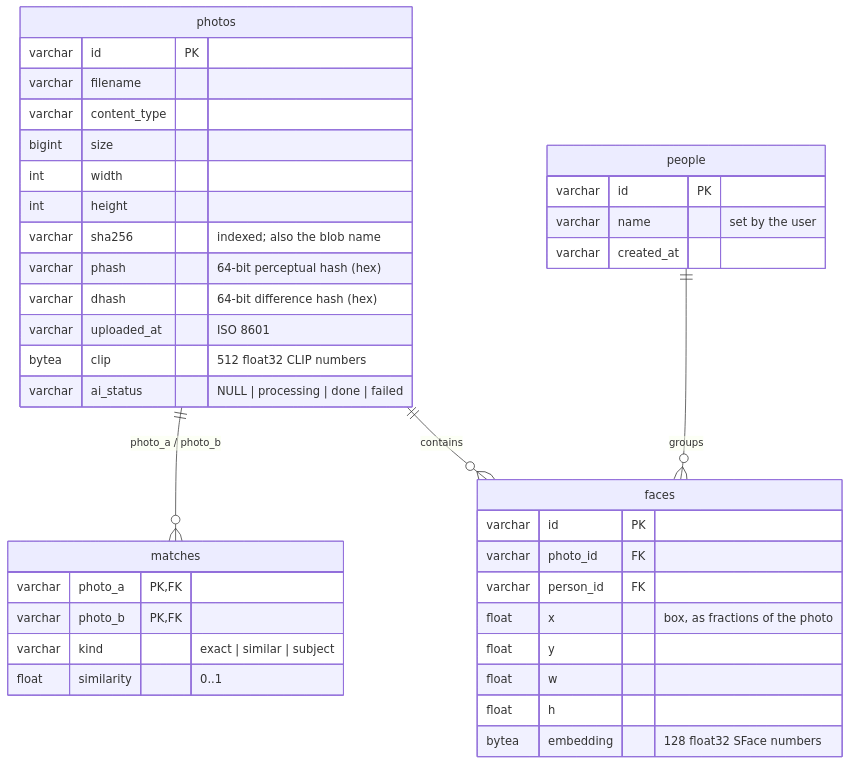
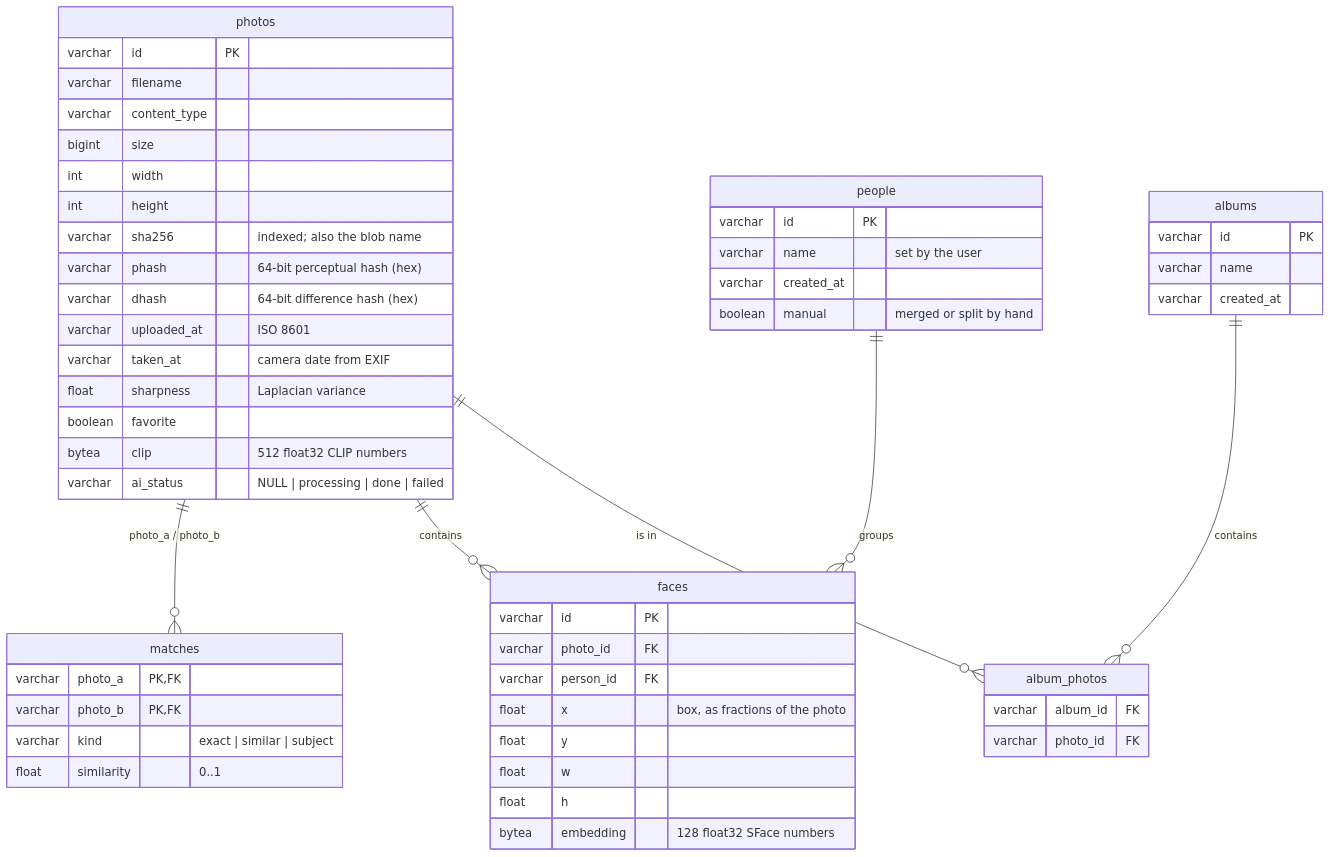
Before and after one commit to Arnav-Dugad/imagevault-ai: the third of 4 diagrams in docs/technical-design-document.md, drawn with Mermaid. The commit also changed other lines of this file and 35 other files, not shown here.

Commit message:
v3.4.0: batch editing, albums, bursts, people merge/split (#13)

````diff
--- a/docs/technical-design-document.md
+++ b/docs/technical-design-document.md
@@ -172,41 +179,56 @@
 ```mermaid
 erDiagram
     photos ||--o{ matches : "photo_a / photo_b"
     photos ||--o{ faces : "contains"
     people ||--o{ faces : "groups"
+    albums ||--o{ album_photos : "contains"
+    photos ||--o{ album_photos : "is in"
     photos {
         varchar id PK
         varchar filename
         varchar content_type
         bigint size
         int width
         int height
         varchar sha256 "indexed; also the blob name"
         varchar phash "64-bit perceptual hash (hex)"
         varchar dhash "64-bit difference hash (hex)"
         varchar uploaded_at "ISO 8601"
+        varchar taken_at "camera date from EXIF"
+        float sharpness "Laplacian variance"
+        boolean favorite
         bytea clip "512 float32 CLIP numbers"
         varchar ai_status "NULL | processing | done | failed"
     }
     matches {
         varchar photo_a PK, FK
         varchar photo_b PK, FK
         varchar kind "exact | similar | subject"
         float similarity "0..1"
     }
     faces {
         varchar id PK
         varchar photo_id FK
         varchar person_id FK
         float x "box, as fractions of the photo"
         float y
         float w
         float h
         bytea embedding "128 float32 SFace numbers"
     }
     people {
         varchar id PK
         varchar name "set by the user"
         varchar created_at
+        boolean manual "merged or split by hand"
+    }
+    albums {
+        varchar id PK
+        varchar name
+        varchar created_at
+    }
+    album_photos {
+        varchar album_id FK
+        varchar photo_id FK
     }
 ```
````
